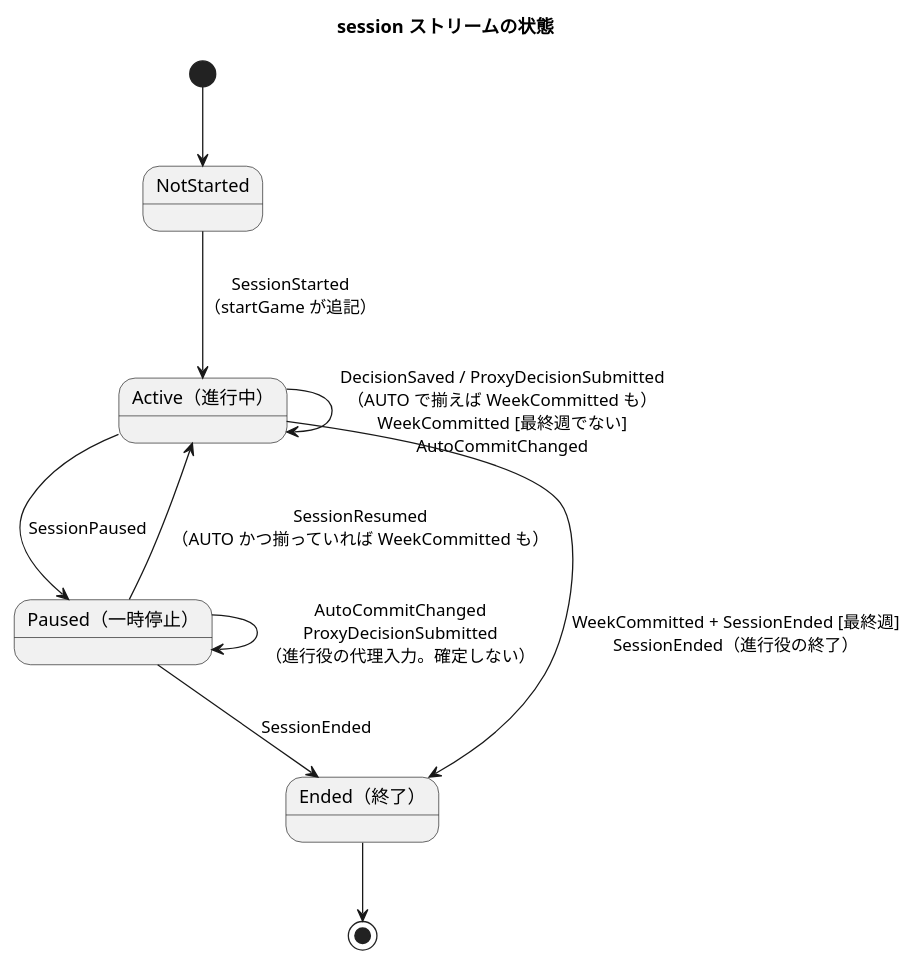
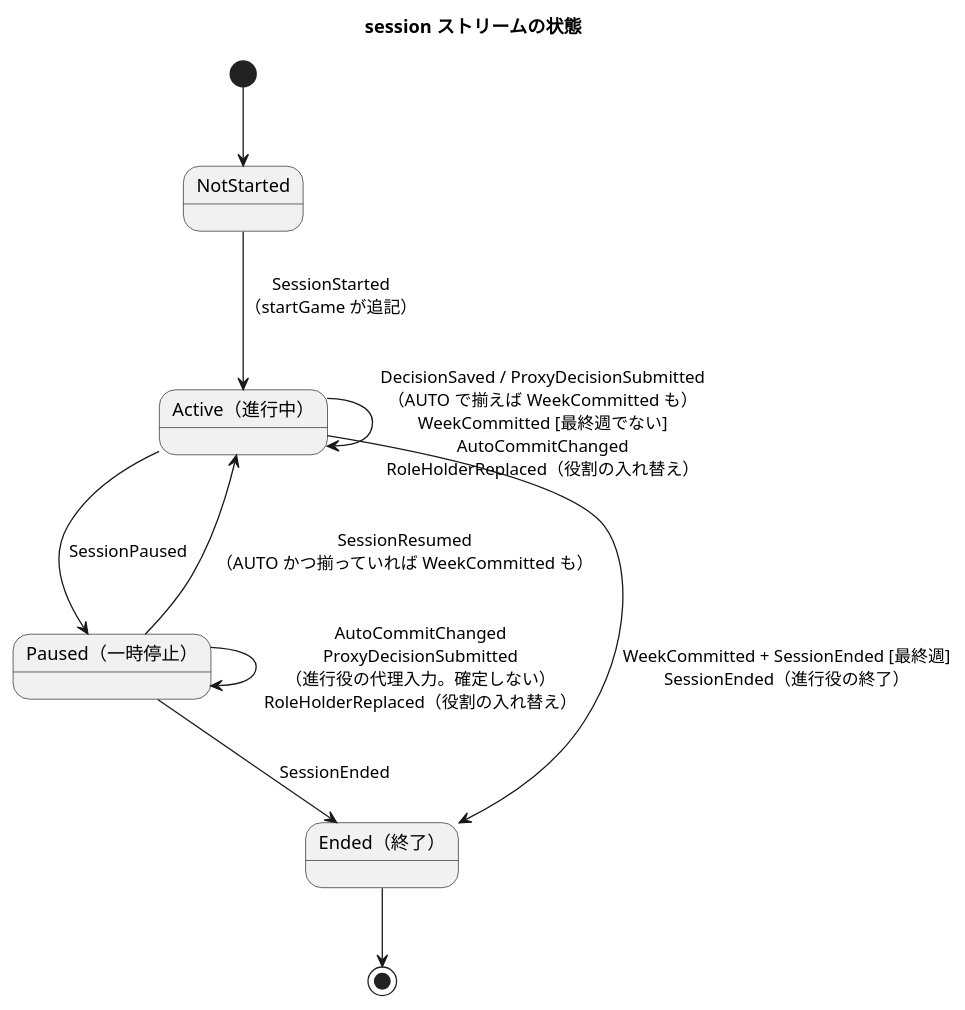
One commit to k2works/case-study-beer-game-simulation changed the fourth of 4 diagrams in docs/design/beer-game-kotlin/domain-model.md. Above: the diagram before and after it, drawn with PlantUML. The commit also changed other lines of this file and 8 other files, not shown here.

````diff
--- a/docs/design/beer-game-kotlin/domain-model.md
+++ b/docs/design/beer-game-kotlin/domain-model.md
@@ -580,20 +636,20 @@
 ```plantuml
 @startuml
 title session ストリームの状態
 
 state "NotStarted" as S0
 state "Active（進行中）" as S1
 state "Paused（一時停止）" as S2
 state "Ended（終了）" as S3
 
 [*] --> S0
 S0 --> S1 : SessionStarted\n（startGame が追記）
-S1 --> S1 : DecisionSaved / ProxyDecisionSubmitted\n（AUTO で揃えば WeekCommitted も）\nWeekCommitted [最終週でない]\nAutoCommitChanged
+S1 --> S1 : DecisionSaved / ProxyDecisionSubmitted\n（AUTO で揃えば WeekCommitted も）\nWeekCommitted [最終週でない]\nAutoCommitChanged\nRoleHolderReplaced（役割の入れ替え）
 S1 --> S2 : SessionPaused
 S2 --> S1 : SessionResumed\n（AUTO かつ揃っていれば WeekCommitted も）
-S2 --> S2 : AutoCommitChanged\nProxyDecisionSubmitted\n（進行役の代理入力。確定しない）
+S2 --> S2 : AutoCommitChanged\nProxyDecisionSubmitted\n（進行役の代理入力。確定しない）\nRoleHolderReplaced（役割の入れ替え）
 S1 --> S3 : WeekCommitted + SessionEnded [最終週]\nSessionEnded（進行役の終了）
 S2 --> S3 : SessionEnded
 S3 --> [*]
 @enduml
 ```
````
